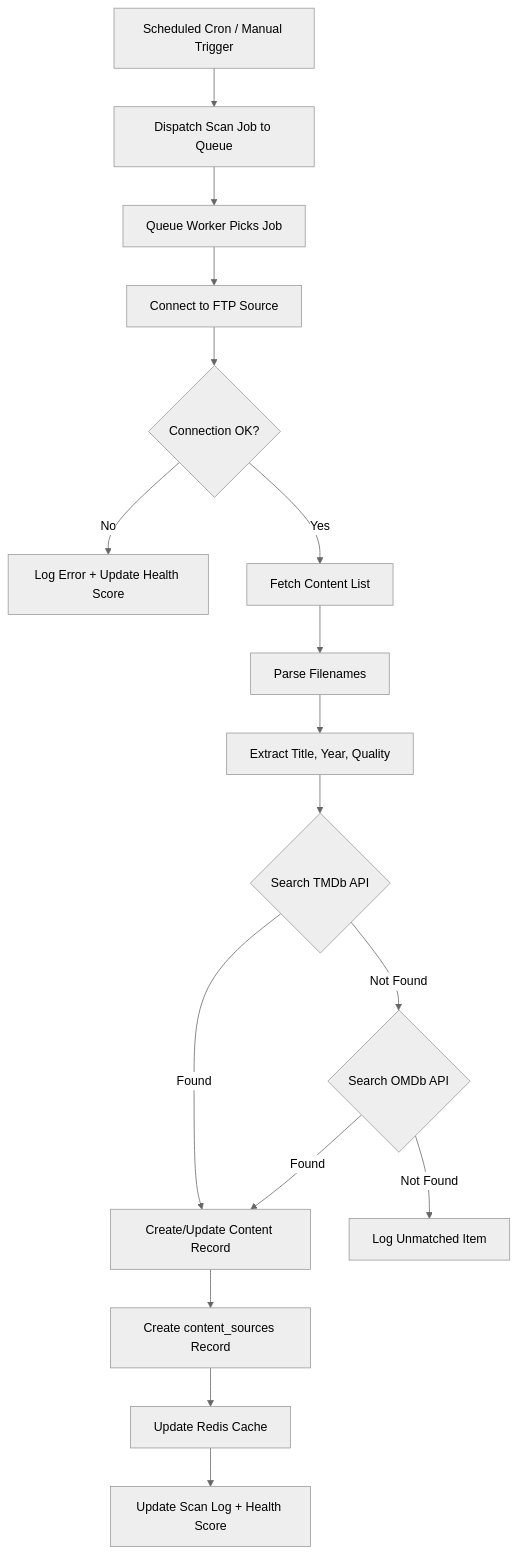
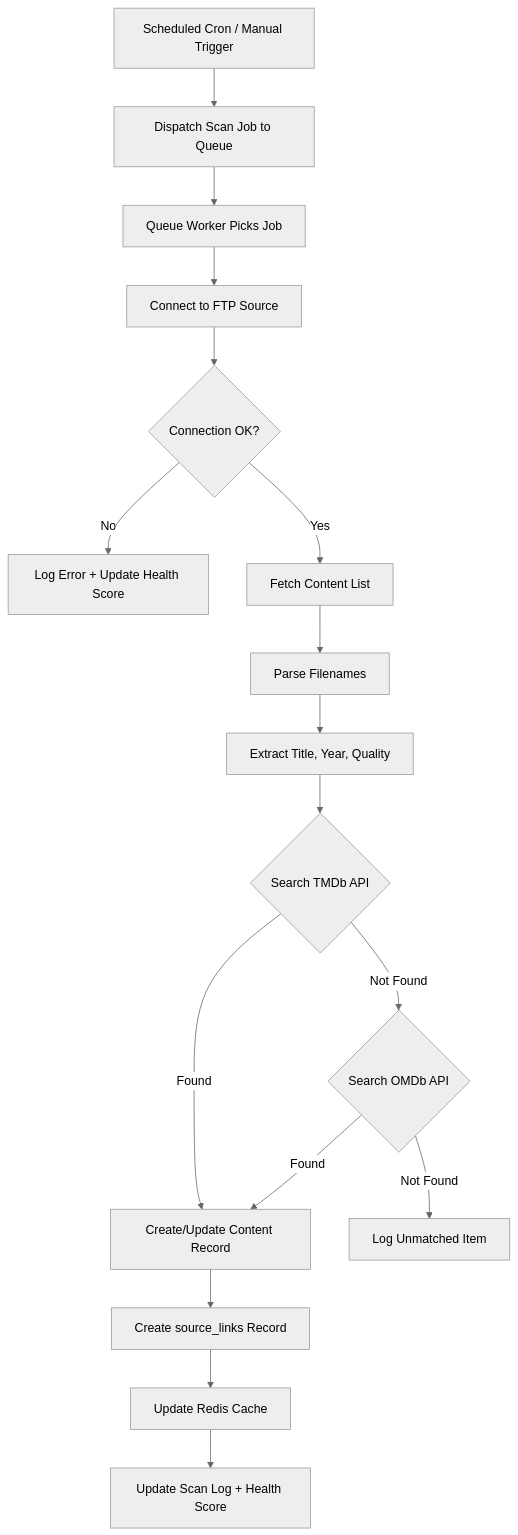
Before and after one commit to Iftekhar-Tasnim/Flixarion: the third of 7 diagrams in docs/project_plan.md, drawn with Mermaid (neutral theme). The commit also changed other lines of this file and 9 other files, not shown here.

````diff
--- a/docs/project_plan.md
+++ b/docs/project_plan.md
@@ -660,19 +490,19 @@
 ```mermaid
 flowchart TD
     A[Scheduled Cron / Manual Trigger] --> B[Dispatch Scan Job to Queue]
     B --> C[Queue Worker Picks Job]
     C --> D[Connect to FTP Source]
     D --> E{Connection OK?}
     E -->|No| F[Log Error + Update Health Score]
     E -->|Yes| G[Fetch Content List]
     G --> H[Parse Filenames]
     H --> I[Extract Title, Year, Quality]
     I --> J{Search TMDb API}
     J -->|Found| K[Create/Update Content Record]
     J -->|Not Found| L{Search OMDb API}
     L -->|Found| K
     L -->|Not Found| M[Log Unmatched Item]
-    K --> N[Create content_sources Record]
+    K --> N[Create source_links Record]
     N --> O[Update Redis Cache]
     O --> P[Update Scan Log + Health Score]
 ```
````
